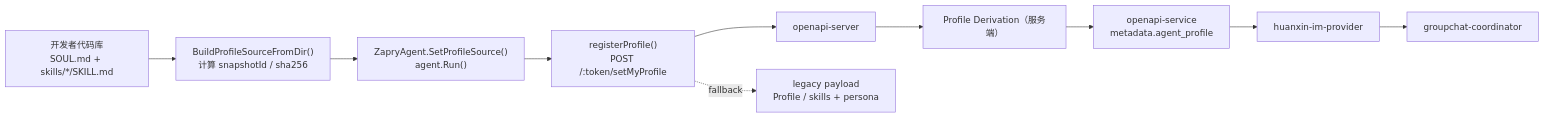
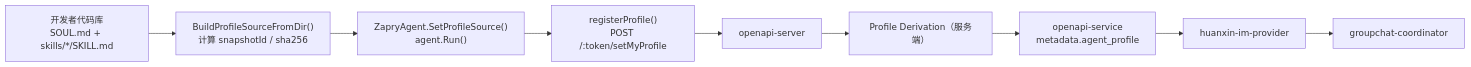
The first of 2 diagrams in README.md (cyberFlowTech/zapry-agents-sdk-go), drawn with Mermaid before and after one commit. The commit also changed other lines of this file and 35 other files, not shown here.

````diff
--- a/README.md
+++ b/README.md
@@ -27,15 +27,14 @@
 ```mermaid
 flowchart LR
   DEV["开发者代码库<br/>SOUL.md + skills/*/SKILL.md"]
   BUILD["BuildProfileSourceFromDir()<br/>计算 snapshotId / sha256"]
   AGENT["ZapryAgent.SetProfileSource()<br/>agent.Run()"]
   REG["registerProfile()<br/>POST /:token/setMyProfile"]
   OAS["openapi-server"]
   DERIVE["Profile Derivation（服务端）"]
   META["openapi-service<br/>metadata.agent_profile"]
   IMP["huanxin-im-provider"]
   COOR["groupchat-coordinator"]
 
   DEV --> BUILD --> AGENT --> REG --> OAS --> DERIVE --> META --> IMP --> COOR
-  REG -. fallback .-> LEGACY["legacy payload<br/>Profile / skills + persona"]
 ```
````
